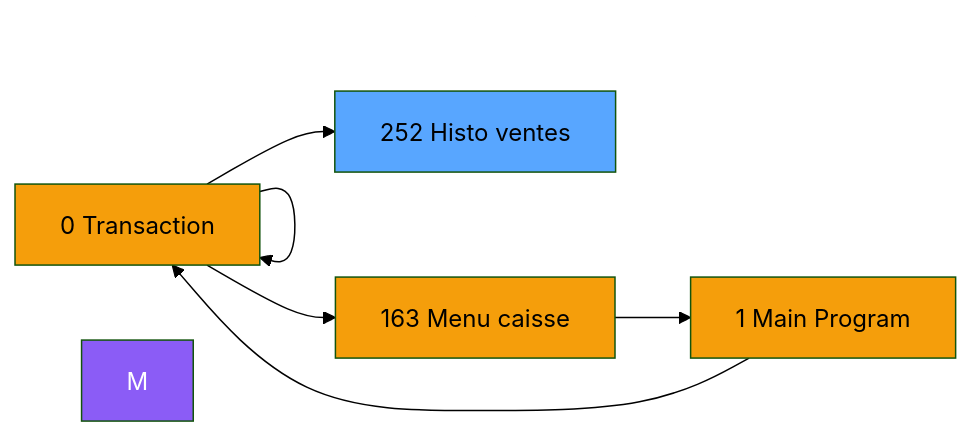
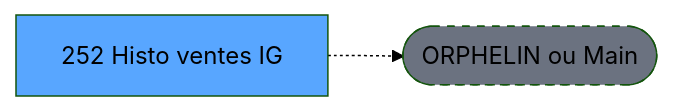
Before and after one commit to thonyAGP/lecteur-magic: the second of 3 diagrams in .openspec/specs/ADH-IDE-252.md, drawn with Mermaid (forest theme). The commit also changed other lines of this file and 701 other files, not shown here.

````diff
--- a/.openspec/specs/ADH-IDE-252.md
+++ b/.openspec/specs/ADH-IDE-252.md
@@ -140,21 +129,8 @@
 ```mermaid
 graph LR
-    N0[0 Transaction ]
-    N0[0 Transaction ]
-    N163[163 Menu caisse ]
-    N1[1 Main Program]
-    N0[0 Transaction ]
-    T[252 Histo ventes]
-    N0 --> N0
-    N0 --> N163
-    N163 --> N1
-    N1 --> N0
-    N0 --> T
-    style M fill:#8b5cf6,color:#fff
-    style N0 fill:#f59e0b
-    style N0 fill:#f59e0b
-    style N163 fill:#f59e0b
-    style N1 fill:#f59e0b
-    style N0 fill:#f59e0b
+    T[252 Histo ventes IG]
+    ORPHAN([ORPHELIN ou Main])
+    T -.-> ORPHAN
     style T fill:#58a6ff,color:#000
+    style ORPHAN fill:#6b7280,stroke-dasharray: 5 5
 ```
````
